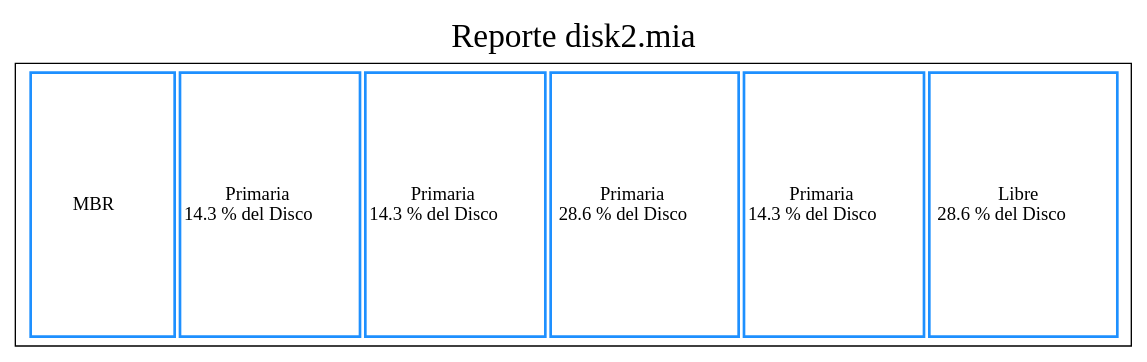
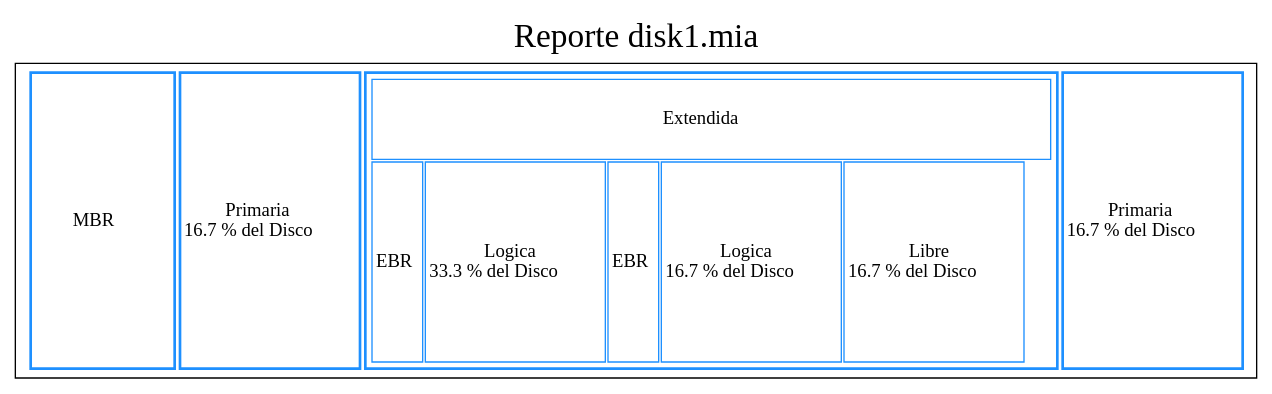
Before and after one commit to KINGR0X/MIA_2S_P1_202044192: the diagram in Backend/reporte.dot, drawn with Graphviz. The commit also changed 1 other file, not shown here.

```diff
--- a/Backend/reporte.dot
+++ b/Backend/reporte.dot
@@ -1,20 +1,29 @@
 digraph G{
 
-label= "Reporte disk2.mia"
+label= "Reporte disk1.mia"
 labelloc="t"
 fontsize=25  tbl [
     shape=box
     label=<
      <table border='0' cellborder='2' width='600' height='150' color='dodgerblue1'>
      <tr>
      <td height='150' width='110'> MBR </td>
-     <td height='200' width='71.4'>Primaria <br/> 14.3 % del Disco </td>
-     <td height='200' width='71.4'>Primaria <br/> 14.3 % del Disco </td>
-     <td height='200' width='143'>Primaria <br/> 28.6 % del Disco </td>
-     <td height='200' width='71.4'>Primaria <br/> 14.3 % del Disco </td>
-     <td height='200' width='143'>Libre<br/> 28.6 % del Disco </td>
+     <td height='200' width='83.3'>Primaria <br/> 16.7 % del Disco </td>
+     <td  height='200' width='66.7'>
+     <table border='0'  height='200' WIDTH='66.7' cellborder='1'>
+     <tr>  <td height='60' colspan='15'>Extendida</td>  </tr>
+     <tr>
+     <td height='140'>EBR</td>
+     <td height='140'>Logica<br/> 33.3 % del Disco </td>
+     <td height='140'>EBR</td>
+     <td height='140'>Logica<br/> 16.7 % del Disco </td>
+     <td height='150'>Libre<br/> 16.7 % del Disco </td>
+     </tr>
+     </table>
+     </td>
+     <td height='200' width='83.3'>Primaria <br/> 16.7 % del Disco </td>
      </tr> 
      </table>        
 >];
 
 }
```
